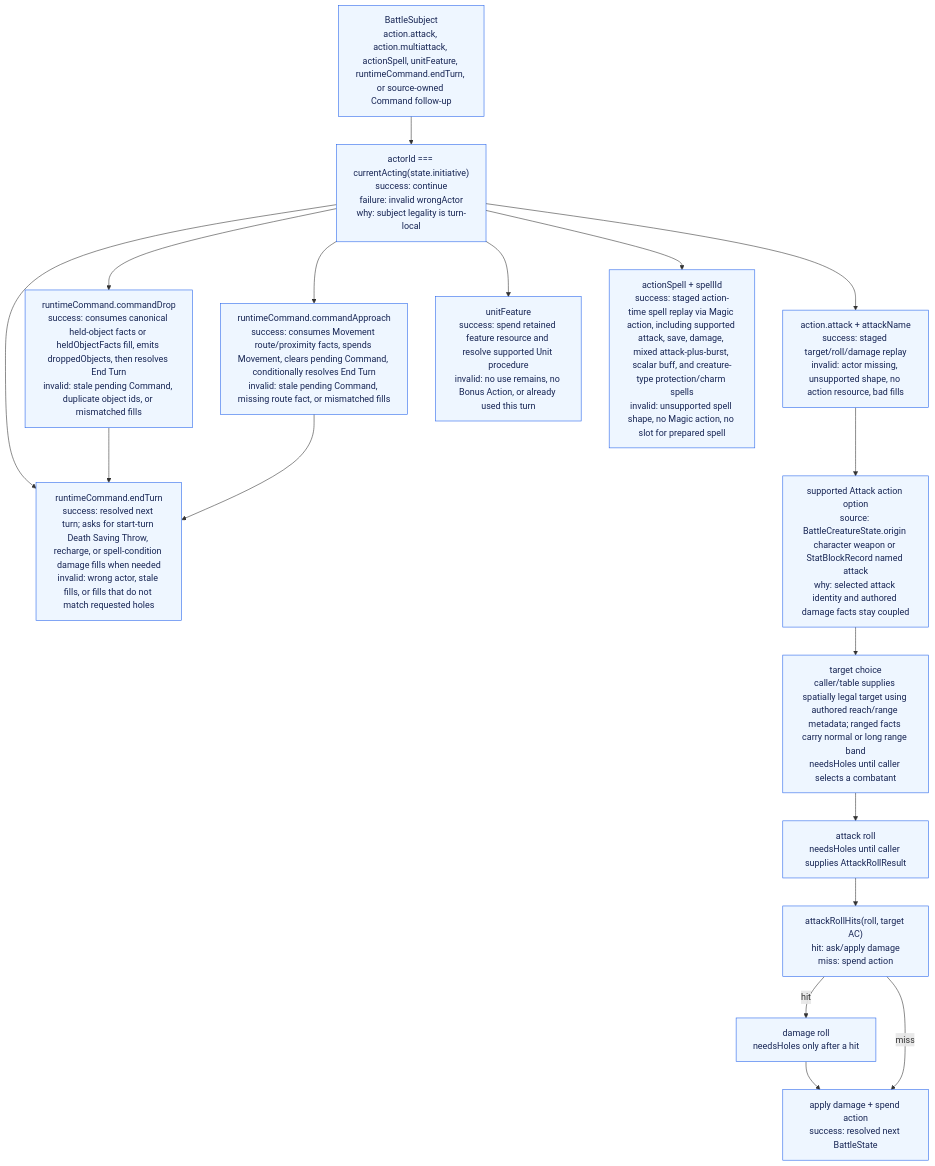
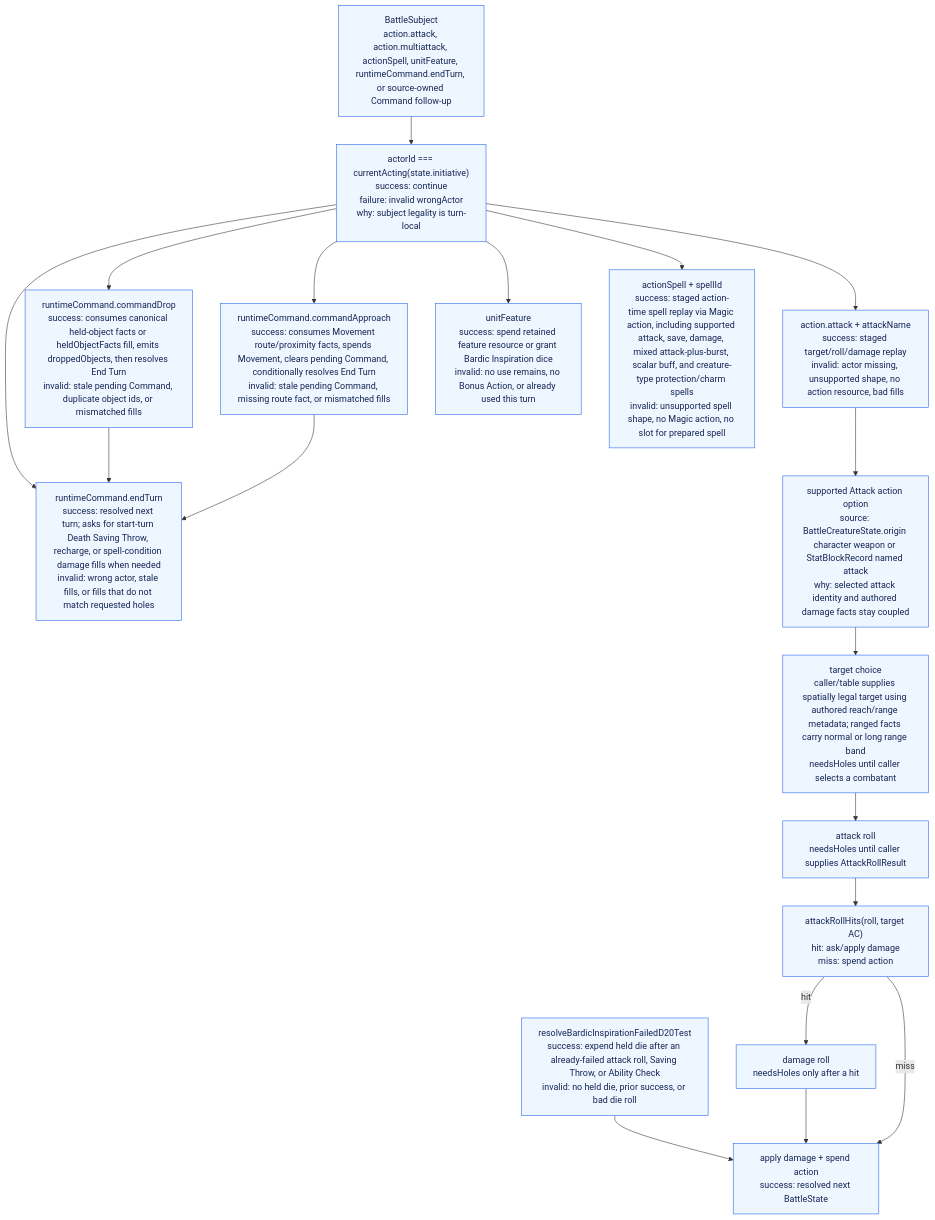
Before and after one commit to dearlordylord/5e-quint: the second of 2 diagrams in packages/battle-runtime/ARCHITECTURE_GRAPH.md, drawn with Mermaid. The commit also changed other lines of this file and 14 other files, not shown here.

Commit message:
Complete SRDINV72B bardic inspiration die use

````diff
--- a/packages/battle-runtime/ARCHITECTURE_GRAPH.md
+++ b/packages/battle-runtime/ARCHITECTURE_GRAPH.md
@@ -111,30 +111,32 @@
 ```mermaid
 flowchart TD
   Subject["BattleSubject<br/>action.attack, action.multiattack, actionSpell, unitFeature, runtimeCommand.endTurn, or source-owned Command follow-up"]
   CurrentActor["actorId === currentActing(state.initiative)<br/>success: continue<br/>failure: invalid wrongActor<br/>why: subject legality is turn-local"]
   EndTurn["runtimeCommand.endTurn<br/>success: resolved next turn; asks for start-turn Death Saving Throw, recharge, or spell-condition damage fills when needed<br/>invalid: wrong actor, stale fills, or fills that do not match requested holes"]
   CommandDrop["runtimeCommand.commandDrop<br/>success: consumes canonical held-object facts or heldObjectFacts fill, emits droppedObjects, then resolves End Turn<br/>invalid: stale pending Command, duplicate object ids, or mismatched fills"]
   CommandApproach["runtimeCommand.commandApproach<br/>success: consumes Movement route/proximity facts, spends Movement, clears pending Command, conditionally resolves End Turn<br/>invalid: stale pending Command, missing route fact, or mismatched fills"]
   Attack["action.attack + attackName<br/>success: staged target/roll/damage replay<br/>invalid: actor missing, unsupported shape, no action resource, bad fills"]
-  UnitFeature["unitFeature<br/>success: spend retained feature resource and resolve supported Unit procedure<br/>invalid: no use remains, no Bonus Action, or already used this turn"]
+  UnitFeature["unitFeature<br/>success: spend retained feature resource or grant Bardic Inspiration dice<br/>invalid: no use remains, no Bonus Action, or already used this turn"]
+  BardicDieUse["resolveBardicInspirationFailedD20Test<br/>success: expend held die after an already-failed attack roll, Saving Throw, or Ability Check<br/>invalid: no held die, prior success, or bad die roll"]
   Magic["actionSpell + spellId<br/>success: staged action-time spell replay via Magic action, including supported attack, save, damage, mixed attack-plus-burst, scalar buff, and creature-type protection/charm spells<br/>invalid: unsupported spell shape, no Magic action, no slot for prepared spell"]
   AttackOption["supported Attack action option<br/>source: BattleCreatureState.origin character weapon or StatBlockRecord named attack<br/>why: selected attack identity and authored damage facts stay coupled"]
   Target["target choice<br/>caller/table supplies spatially legal target using authored reach/range metadata; ranged facts carry normal or long range band<br/>needsHoles until caller selects a combatant"]
   Roll["attack roll<br/>needsHoles until caller supplies AttackRollResult"]
   HitCheck["attackRollHits(roll, target AC)<br/>hit: ask/apply damage<br/>miss: spend action"]
   DamageHole["damage roll<br/>needsHoles only after a hit"]
   Apply["apply damage + spend action<br/>success: resolved next BattleState"]
 
   Subject --> CurrentActor
   CurrentActor --> EndTurn
   CurrentActor --> CommandDrop --> EndTurn
   CurrentActor --> CommandApproach --> EndTurn
   CurrentActor --> Attack --> AttackOption --> Target --> Roll --> HitCheck
   CurrentActor --> UnitFeature
   CurrentActor --> Magic
+  BardicDieUse --> Apply
   HitCheck -->|hit| DamageHole --> Apply
   HitCheck -->|miss| Apply
 
   classDef implemented fill:#eef6ff,stroke:#2563eb,color:#172554;
-  class Subject,CurrentActor,EndTurn,CommandDrop,CommandApproach,Attack,UnitFeature,Magic,AttackOption,Target,Roll,HitCheck,DamageHole,Apply implemented;
+  class Subject,CurrentActor,EndTurn,CommandDrop,CommandApproach,Attack,UnitFeature,BardicDieUse,Magic,AttackOption,Target,Roll,HitCheck,DamageHole,Apply implemented;
 ```
````
